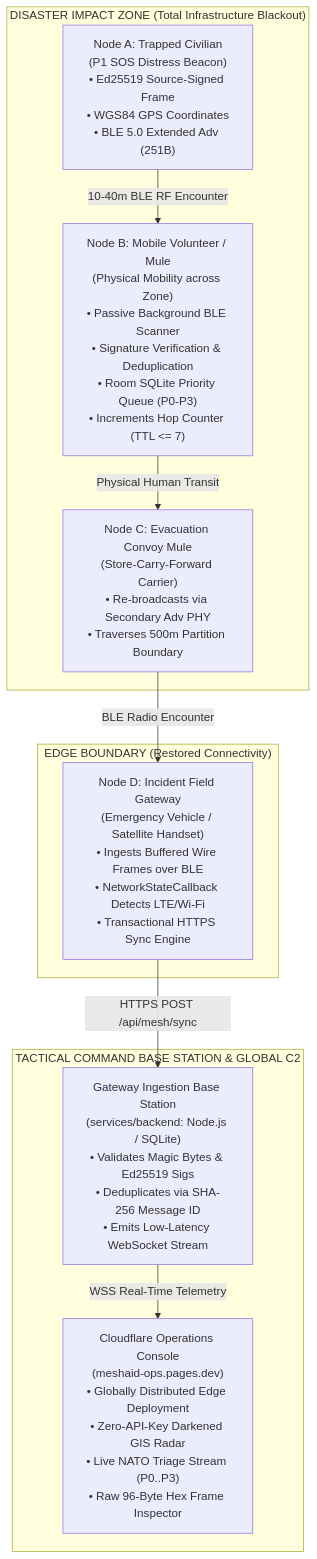
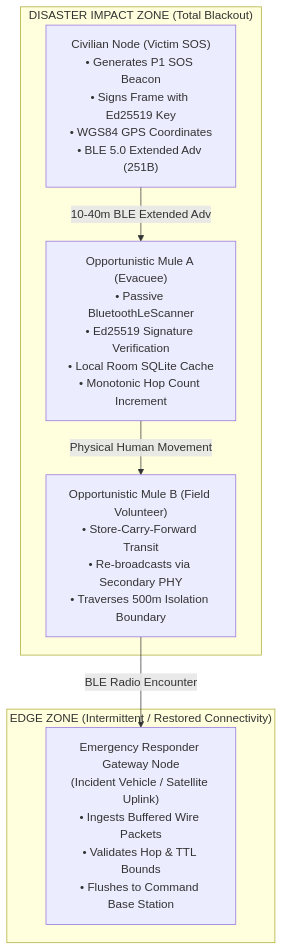
Before and after one commit to Dannyo6/MeshAid: the diagram in README.md, drawn with Mermaid. The commit also changed other lines of this file and 84 other files, not shown here.

````diff
--- a/README.md
+++ b/README.md
@@ -56,22 +55,15 @@
 ```mermaid
 graph TD
-    subgraph DisasterImpactZone ["DISASTER IMPACT ZONE (Total Infrastructure Blackout)"]
-        Victim["Node A: Trapped Civilian<br/>(P1 SOS Distress Beacon)<br/>• Ed25519 Source-Signed Frame<br/>• WGS84 GPS Coordinates<br/>• BLE 5.0 Extended Adv (251B)"]
-        Relay1["Node B: Mobile Volunteer / Mule<br/>(Physical Mobility across Zone)<br/>• Passive Background BLE Scanner<br/>• Signature Verification & Deduplication<br/>• Room SQLite Priority Queue (P0-P3)<br/>• Increments Hop Counter (TTL <= 7)"]
-        Relay2["Node C: Evacuation Convoy Mule<br/>(Store-Carry-Forward Carrier)<br/>• Re-broadcasts via Secondary Adv PHY<br/>• Traverses 500m Partition Boundary"]
-        Victim -->|10-40m BLE RF Encounter| Relay1
-        Relay1 -->|Physical Human Transit| Relay2
+    subgraph ImpactZone ["DISASTER IMPACT ZONE (Total Blackout)"]
+        Victim["Civilian Node (Victim SOS)<br/>• Generates P1 SOS Beacon<br/>• Signs Frame with Ed25519 Key<br/>• WGS84 GPS Coordinates<br/>• BLE 5.0 Extended Adv (251B)"]
+        Mule1["Opportunistic Mule A (Evacuee)<br/>• Passive BluetoothLeScanner<br/>• Ed25519 Signature Verification<br/>• Local Room SQLite Cache<br/>• Monotonic Hop Count Increment"]
+        Mule2["Opportunistic Mule B (Field Volunteer)<br/>• Store-Carry-Forward Transit<br/>• Re-broadcasts via Secondary PHY<br/>• Traverses 500m Isolation Boundary"]
+        Victim -->|10-40m BLE Extended Adv| Mule1
+        Mule1 -->|Physical Human Movement| Mule2
     end
 
-    subgraph EdgeZone ["EDGE BOUNDARY (Restored Connectivity)"]
-        Gateway["Node D: Incident Field Gateway<br/>(Emergency Vehicle / Satellite Handset)<br/>• Ingests Buffered Wire Frames over BLE<br/>• NetworkStateCallback Detects LTE/Wi-Fi<br/>• Transactional HTTPS Sync Engine"]
-        Relay2 -->|BLE Radio Encounter| Gateway
-    end
-
-    subgraph CommandStation ["TACTICAL COMMAND BASE STATION & GLOBAL C2"]
-        Backend["Gateway Ingestion Base Station<br/>(services/backend: Node.js / SQLite)<br/>• Validates Magic Bytes & Ed25519 Sigs<br/>• Deduplicates via SHA-256 Message ID<br/>• Emits Low-Latency WebSocket Stream"]
-        Cloudflare["Cloudflare Operations Console<br/>(meshaid-ops.pages.dev)<br/>• Globally Distributed Edge Deployment<br/>• Zero-API-Key Darkened GIS Radar<br/>• Live NATO Triage Stream (P0..P3)<br/>• Raw 96-Byte Hex Frame Inspector"]
-        Gateway -->|HTTPS POST /api/mesh/sync| Backend
-        Backend -->|WSS Real-Time Telemetry| Cloudflare
+    subgraph EdgeZone ["EDGE ZONE (Intermittent / Restored Connectivity)"]
+        Gateway["Emergency Responder Gateway Node<br/>(Incident Vehicle / Satellite Uplink)<br/>• Ingests Buffered Wire Packets<br/>• Validates Hop & TTL Bounds<br/>• Flushes to Command Base Station"]
+        Mule2 -->|BLE Radio Encounter| Gateway
     end
 ```
````
